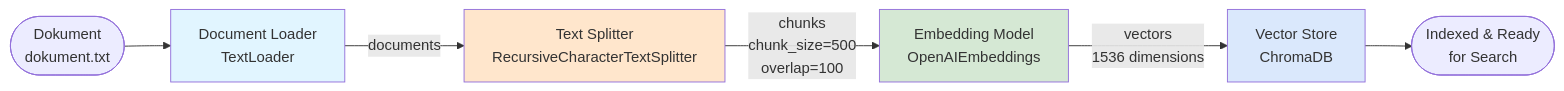
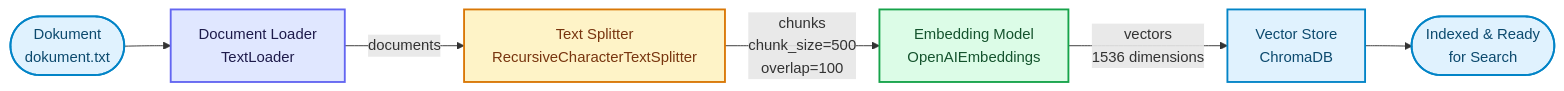
One commit to ralf-42/Agenten changed the second of 4 diagrams in docs/05-frameworks/einsteiger-chromadb.md. Above: the diagram before and after it, drawn with Mermaid. The commit also changed other lines of this file and 15 other files, not shown here.

````diff
--- a/docs/05-frameworks/einsteiger-chromadb.md
+++ b/docs/05-frameworks/einsteiger-chromadb.md
@@ -334,20 +337,23 @@
 ```mermaid
 flowchart LR
     START([Dokument<br/>dokument.txt])
     LOAD[Document Loader<br/>TextLoader]
     SPLIT[Text Splitter<br/>RecursiveCharacterTextSplitter]
     EMBED[Embedding Model<br/>OpenAIEmbeddings]
     STORE[Vector Store<br/>ChromaDB]
     END([Indexed & Ready<br/>for Search])
 
     START --> LOAD
     LOAD -->|documents| SPLIT
     SPLIT -->|chunks<br/>chunk_size=500<br/>overlap=100| EMBED
     EMBED -->|vectors<br/>1536 dimensions| STORE
     STORE --> END
 
-    style LOAD fill:#e1f5ff
-    style SPLIT fill:#ffe6cc
-    style EMBED fill:#d5e8d4
-    style STORE fill:#dae8fc
+    classDef default fill:#e0f2fe,stroke:#0284c7,stroke-width:2px,color:#0c4a6e;
+    classDef input fill:#e0e7ff,stroke:#6366f1,stroke-width:2px,color:#1e1b4b;
+    classDef metric fill:#fef3c7,stroke:#d97706,stroke-width:2px,color:#78350f;
+    classDef output fill:#dcfce7,stroke:#16a34a,stroke-width:2px,color:#14532d;
+    class LOAD input;
+    class SPLIT metric;
+    class EMBED output;
 ```
````
